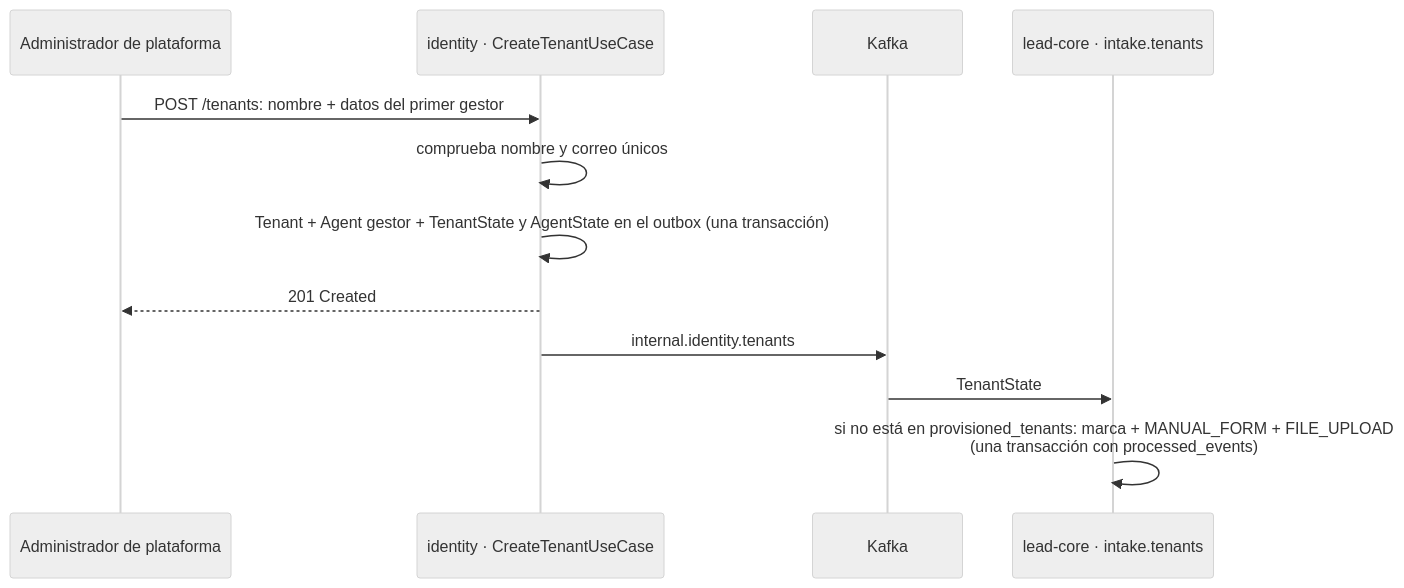
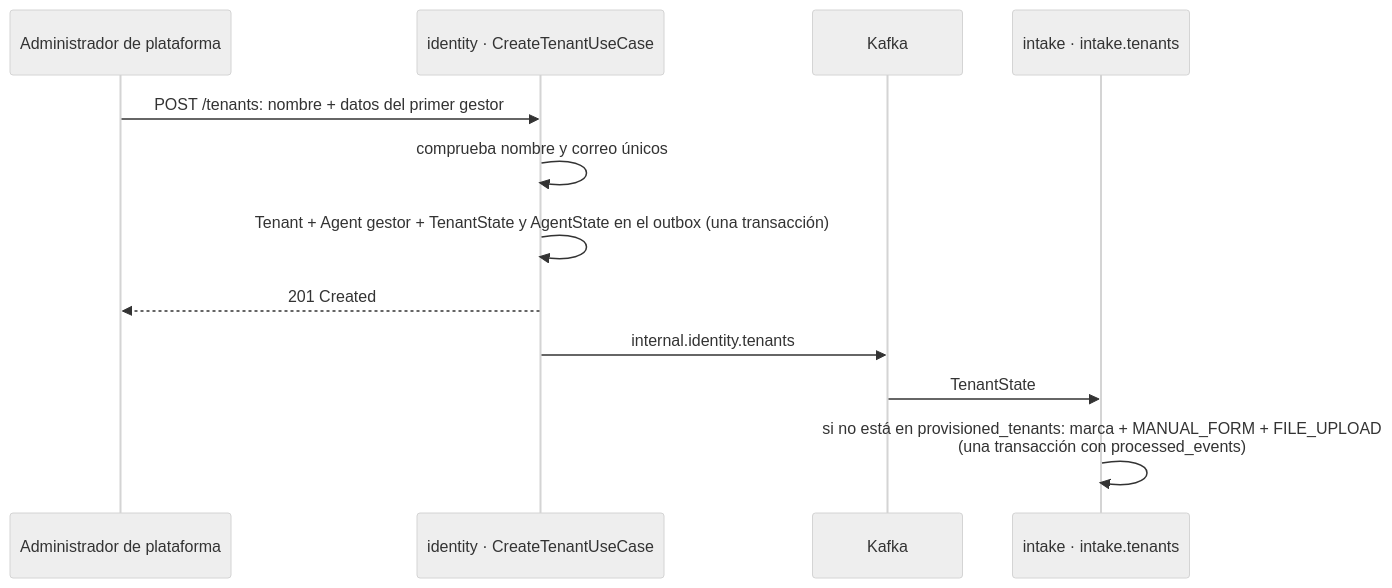
Before and after one commit to MDCIrony/leads-hexa: the diagram in docs/content/modulos/organizaciones.md, drawn with Mermaid (neutral theme). The commit also changed other lines of this file and 33 other files, not shown here.

````diff
--- a/docs/content/modulos/organizaciones.md
+++ b/docs/content/modulos/organizaciones.md
@@ -32,15 +32,15 @@
 ```mermaid
 sequenceDiagram
     participant A as Administrador de plataforma
     participant ID as identity · CreateTenantUseCase
     participant K as Kafka
-    participant LC as lead-core · intake.tenants
+    participant IN as intake · intake.tenants
 
     A->>ID: POST /tenants: nombre + datos del primer gestor
     ID->>ID: comprueba nombre y correo únicos
     ID->>ID: Tenant + Agent gestor + TenantState y AgentState en el outbox (una transacción)
     ID-->>A: 201 Created
     ID->>K: internal.identity.tenants
-    K->>LC: TenantState
-    LC->>LC: si no está en provisioned_tenants: marca + MANUAL_FORM + FILE_UPLOAD<br/>(una transacción con processed_events)
+    K->>IN: TenantState
+    IN->>IN: si no está en provisioned_tenants: marca + MANUAL_FORM + FILE_UPLOAD<br/>(una transacción con processed_events)
 ```
````
